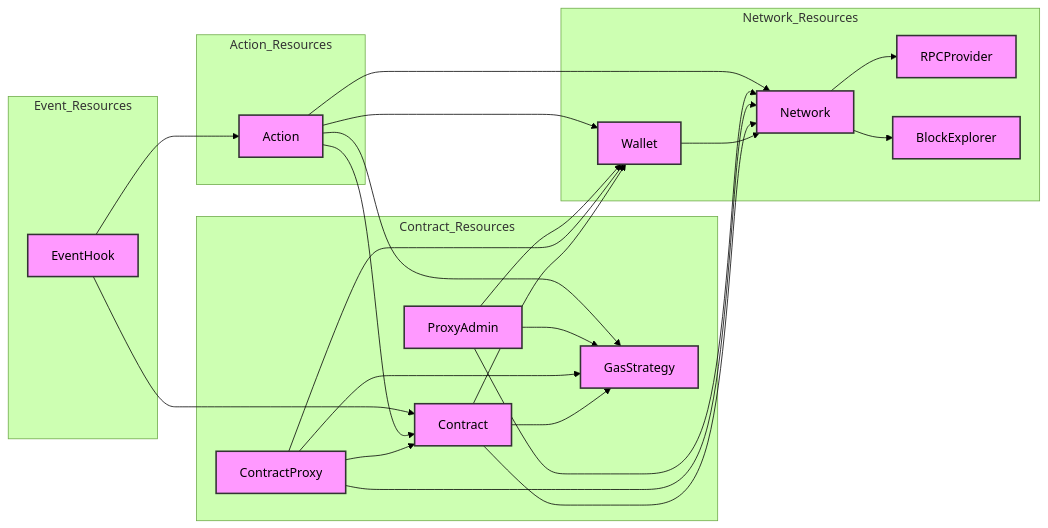
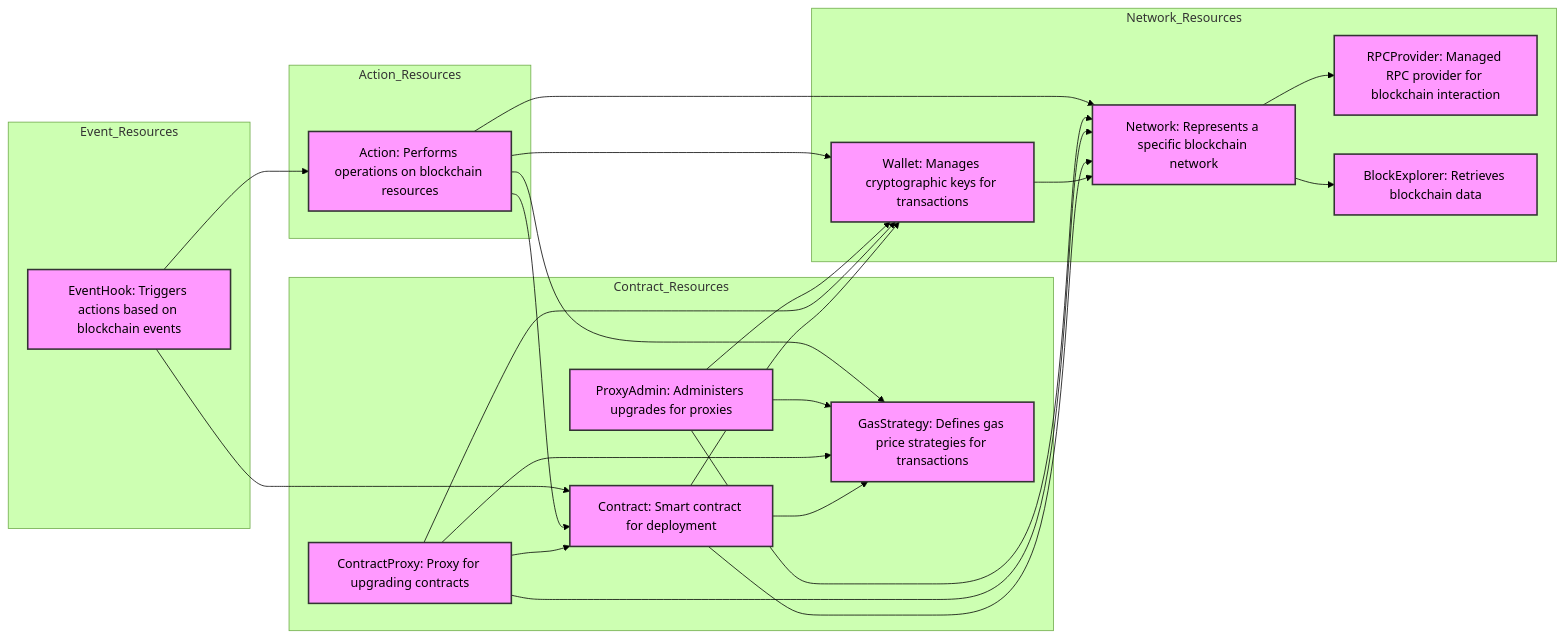
One commit to expedio-blockchain/Kontract changed the diagram in README.md. Above: the diagram before and after it, drawn with Mermaid (forest theme).

Commit message:
add diagram

````diff
--- a/README.md
+++ b/README.md
@@ -23,49 +23,37 @@
 ```mermaid
 graph LR
     %% Define the style for better looking arrows
     classDef default fill:#f9f,stroke:#333,stroke-width:2px;
 
     %% Grouping related resources in subgraphs
     subgraph Network_Resources
-        Network --> RPCProvider
-        Network --> BlockExplorer
-        Wallet --> Network
+        Network["Network: Represents a specific blockchain network"] --> RPCProvider["RPCProvider: Managed RPC provider for blockchain interaction"]
+        Network --> BlockExplorer["BlockExplorer: Retrieves blockchain data"]
+        Wallet["Wallet: Manages cryptographic keys for transactions"] --> Network
     end
 
     subgraph Contract_Resources
-        Contract --> Network
+        Contract["Contract: Smart contract for deployment"] --> Network
         Contract --> Wallet
-        Contract --> GasStrategy
-        ContractProxy --> Network
+        Contract --> GasStrategy["GasStrategy: Defines gas price strategies for transactions"]
+        ContractProxy["ContractProxy: Proxy for upgrading contracts"] --> Network
         ContractProxy --> Wallet
         ContractProxy --> Contract
         ContractProxy --> GasStrategy
-        ProxyAdmin --> Network
+        ProxyAdmin["ProxyAdmin: Administers upgrades for proxies"] --> Network
         ProxyAdmin --> Wallet
         ProxyAdmin --> GasStrategy
     end
 
     subgraph Action_Resources
-        Action --> Contract
+        Action["Action: Performs operations on blockchain resources"] --> Contract
         Action --> Network
         Action --> Wallet
         Action --> GasStrategy
     end
 
     subgraph Event_Resources
-        EventHook --> Action
+        EventHook["EventHook: Triggers actions based on blockchain events"] --> Action
         EventHook --> Contract
     end
-
-    %% Adding clickable links to internal markdown sections
-    click RPCProvider href "#rpcprovider" "Managed RPC provider for blockchain interaction"
-    click BlockExplorer href "#blockexplorer" "Block explorer service for retrieving blockchain data"
-    click Network href "#network" "Represents a specific blockchain network"
-    click Wallet href "#wallet" "Manages cryptographic keys for transactions"
-    click Contract href "#contract" "Represents a smart contract for deployment"
-    click ContractProxy href "#contractproxy" "Proxy contract for upgrading smart contracts"
-    click ProxyAdmin href "#proxyadmin" "Administers upgrades for proxy contracts"
-    click Action href "#action" "Performs operations on blockchain resources"
-    click EventHook href "#eventhook" "Triggers actions based on blockchain events"
-    click GasStrategy href "#gasstrategy" "Defines gas price strategies for transactions"
 ```
````
